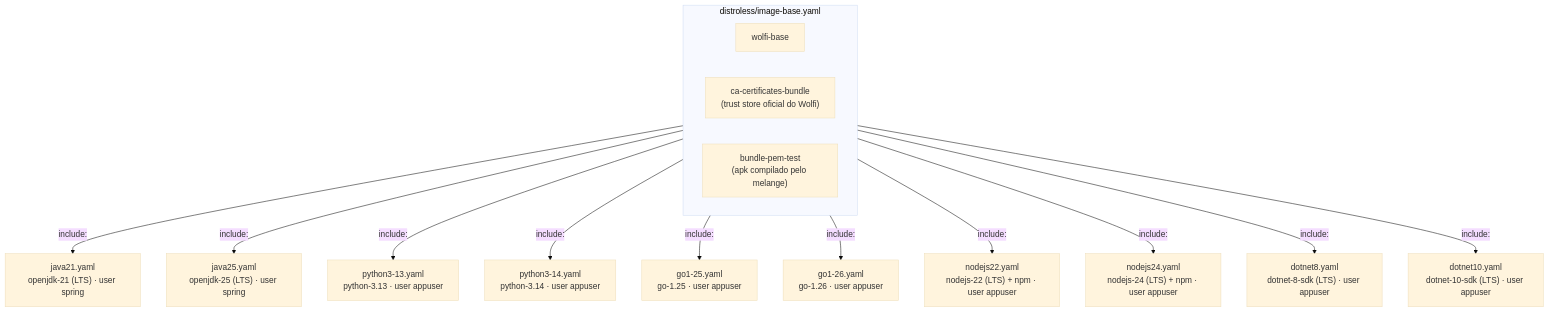
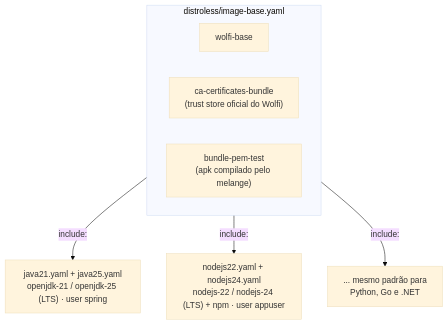
The third of 6 diagrams in README.md (gersontpc/image-base), drawn with Mermaid (base theme) before and after one commit. The commit also changed other lines of this file and 1 other file, not shown here.

````diff
--- a/README.md
+++ b/README.md
@@ -43,19 +134,12 @@
 ```mermaid
 flowchart TD
     subgraph Base["distroless/image-base.yaml"]
         B1["wolfi-base"]
         B2["ca-certificates-bundle<br/>(trust store oficial do Wolfi)"]
         B3["bundle-pem-test<br/>(apk compilado pelo melange)"]
     end
 
-    Base -- "include:" --> J1["java21.yaml<br/>openjdk-21 (LTS) · user spring"]
-    Base -- "include:" --> J2["java25.yaml<br/>openjdk-25 (LTS) · user spring"]
-    Base -- "include:" --> P1["python3-13.yaml<br/>python-3.13 · user appuser"]
-    Base -- "include:" --> P2["python3-14.yaml<br/>python-3.14 · user appuser"]
-    Base -- "include:" --> G1["go1-25.yaml<br/>go-1.25 · user appuser"]
-    Base -- "include:" --> G2["go1-26.yaml<br/>go-1.26 · user appuser"]
-    Base -- "include:" --> N1["nodejs22.yaml<br/>nodejs-22 (LTS) + npm · user appuser"]
-    Base -- "include:" --> N2["nodejs24.yaml<br/>nodejs-24 (LTS) + npm · user appuser"]
-    Base -- "include:" --> D1["dotnet8.yaml<br/>dotnet-8-sdk (LTS) · user appuser"]
-    Base -- "include:" --> D2["dotnet10.yaml<br/>dotnet-10-sdk (LTS) · user appuser"]
+    Base -- "include:" --> J["java21.yaml + java25.yaml<br/>openjdk-21 / openjdk-25 (LTS) · user spring"]
+    Base -- "include:" --> N["nodejs22.yaml + nodejs24.yaml<br/>nodejs-22 / nodejs-24 (LTS) + npm · user appuser"]
+    Base -- "include:" --> OUT["... mesmo padrão para<br/>Python, Go e .NET"]
 ```
````
